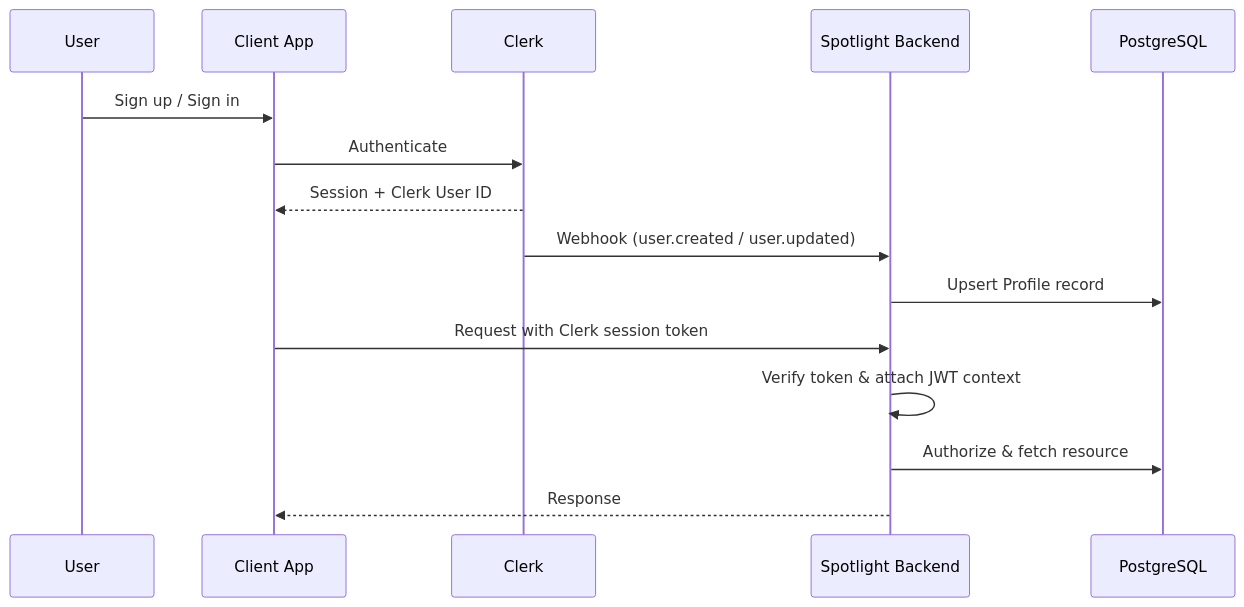
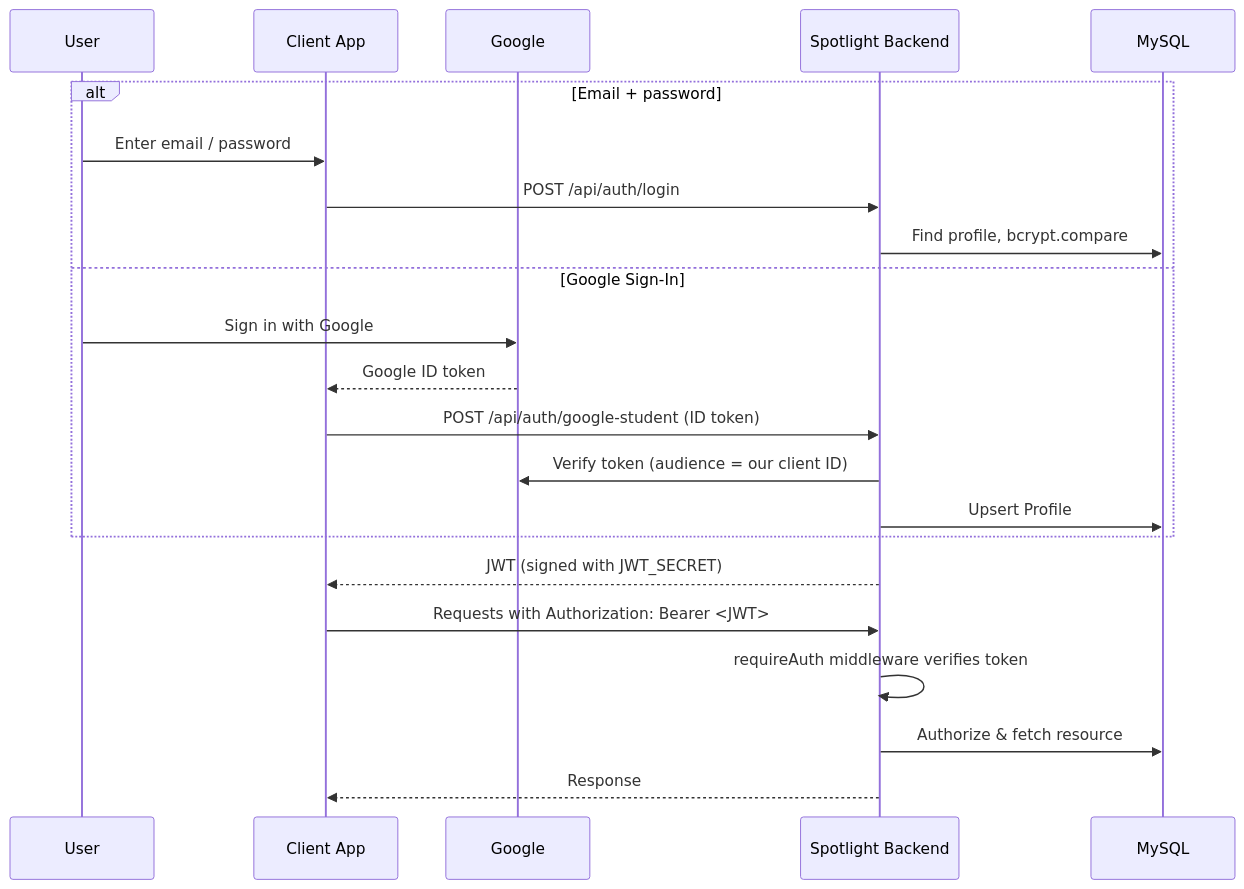
Before and after one commit to abhishettyy/Spotlight: the seventh of 8 diagrams in README.md, drawn with Mermaid. The commit also changed other lines of this file, not shown here.

First line of the commit message:
Revise README for database and auth updates

````diff
--- a/README.md
+++ b/README.md
@@ -467,18 +430,25 @@
 ```mermaid
 sequenceDiagram
     participant U as User
     participant C as Client App
-    participant CL as Clerk
+    participant G as Google
     participant API as Spotlight Backend
-    participant DB as PostgreSQL
+    participant DB as MySQL
 
-    U->>C: Sign up / Sign in
-    C->>CL: Authenticate
-    CL-->>C: Session + Clerk User ID
-    CL->>API: Webhook (user.created / user.updated)
-    API->>DB: Upsert Profile record
-    C->>API: Request with Clerk session token
-    API->>API: Verify token & attach JWT context
+    alt Email + password
+        U->>C: Enter email / password
+        C->>API: POST /api/auth/login
+        API->>DB: Find profile, bcrypt.compare
+    else Google Sign-In
+        U->>G: Sign in with Google
+        G-->>C: Google ID token
+        C->>API: POST /api/auth/google-student (ID token)
+        API->>G: Verify token (audience = our client ID)
+        API->>DB: Upsert Profile
+    end
+    API-->>C: JWT (signed with JWT_SECRET)
+    C->>API: Requests with Authorization: Bearer <JWT>
+    API->>API: requireAuth middleware verifies token
     API->>DB: Authorize & fetch resource
     API-->>C: Response
 ```
````
